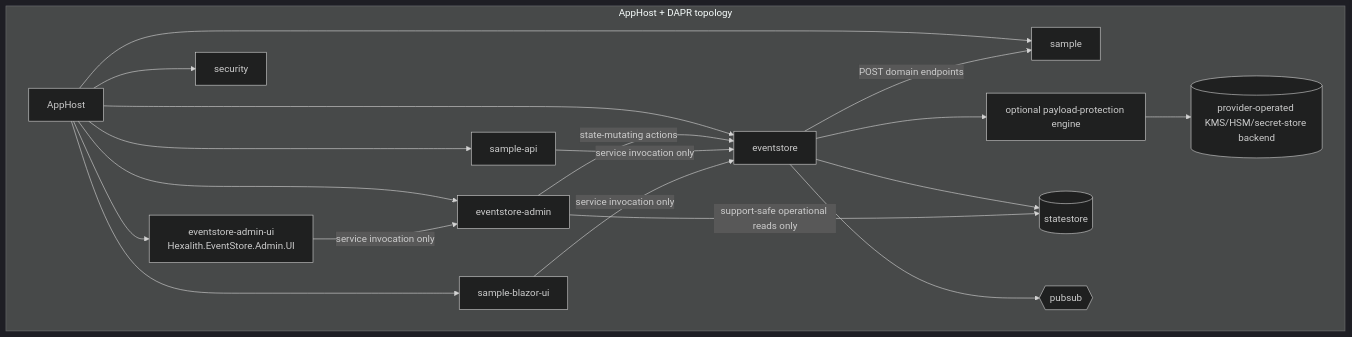
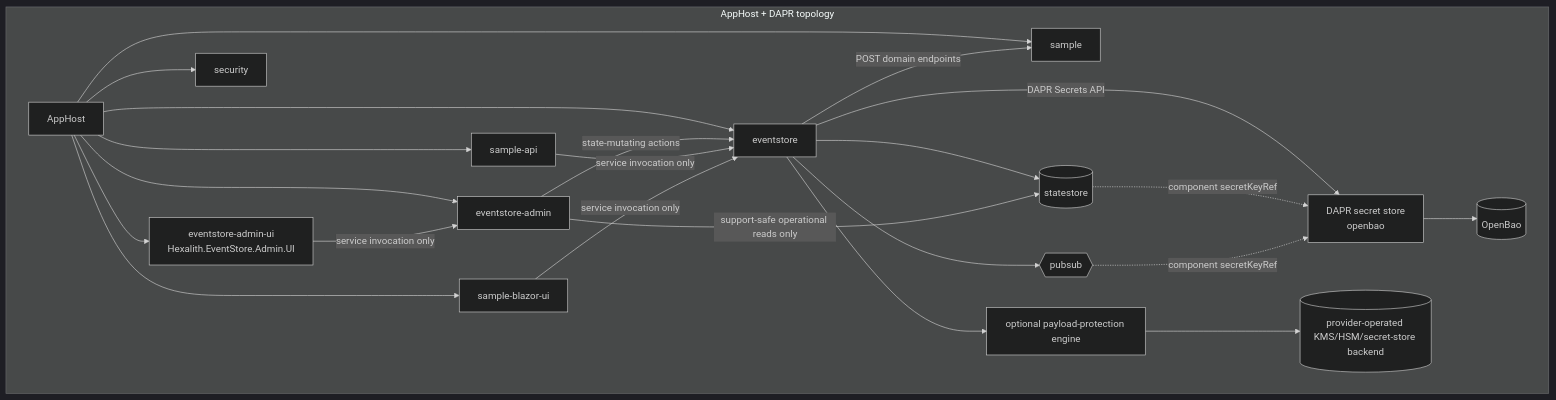
One commit to Hexalith/Hexalith.EventStore changed the third of 3 diagrams in _bmad-output/planning-artifacts/architecture.md. Above: the diagram before and after it, drawn with Mermaid (dark theme). The commit also changed other lines of this file and 18 other files, not shown here.

Commit message:
docs(architecture): propose OpenBao secret store

````diff
--- a/_bmad-output/planning-artifacts/architecture.md
+++ b/_bmad-output/planning-artifacts/architecture.md
@@ -369,34 +401,40 @@
 ```mermaid
 flowchart TB
     subgraph LocalAndPublishTopology["AppHost + DAPR topology"]
         AppHost[AppHost]
         EventStore[eventstore]
         AdminServer[eventstore-admin]
         AdminUI[eventstore-admin-ui<br/>Hexalith.EventStore.Admin.UI]
         Sample[sample]
         SampleApi[sample-api]
         SampleUI[sample-blazor-ui]
         Security[security]
+        DaprSecrets[DAPR secret store<br/>openbao]
+        OpenBao[(OpenBao)]
         PayloadProtection[optional payload-protection engine]
         KeyBackend[(provider-operated KMS/HSM/secret-store backend)]
         StateStore[(statestore)]
         PubSub{{pubsub}}
     end
     AppHost --> EventStore
     AppHost --> AdminServer
     AppHost --> AdminUI
     AppHost --> Sample
     AppHost --> SampleApi
     AppHost --> SampleUI
     AppHost --> Security
+    EventStore -->|DAPR Secrets API| DaprSecrets
+    DaprSecrets --> OpenBao
+    StateStore -.->|component secretKeyRef| DaprSecrets
+    PubSub -.->|component secretKeyRef| DaprSecrets
     EventStore --> PayloadProtection
     PayloadProtection --> KeyBackend
     EventStore --> StateStore
     EventStore --> PubSub
     AdminServer -->|support-safe operational reads only| StateStore
     AdminServer -->|state-mutating actions| EventStore
     SampleApi -->|service invocation only| EventStore
     SampleUI -->|service invocation only| EventStore
     AdminUI -->|service invocation only| AdminServer
     EventStore -->|POST domain endpoints| Sample
 ```
````
